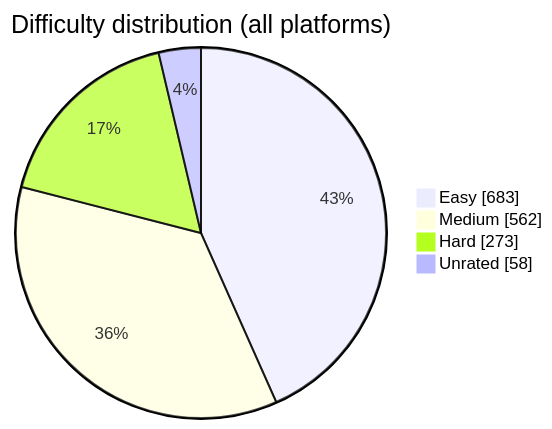
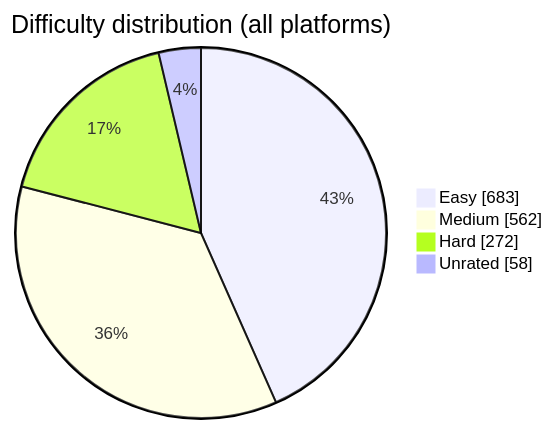
Before and after one commit to BuildbyArindam/Daily-Coding-Log: the diagram in README.md, drawn with Mermaid. The commit also changed other lines of this file, not shown here.

````diff
--- a/README.md
+++ b/README.md
@@ -93,7 +93,7 @@
 ```mermaid
 pie showData title Difficulty distribution (all platforms)
     "Easy" : 683
     "Medium" : 562
-    "Hard" : 273
+    "Hard" : 272
     "Unrated" : 58
 ```
````
